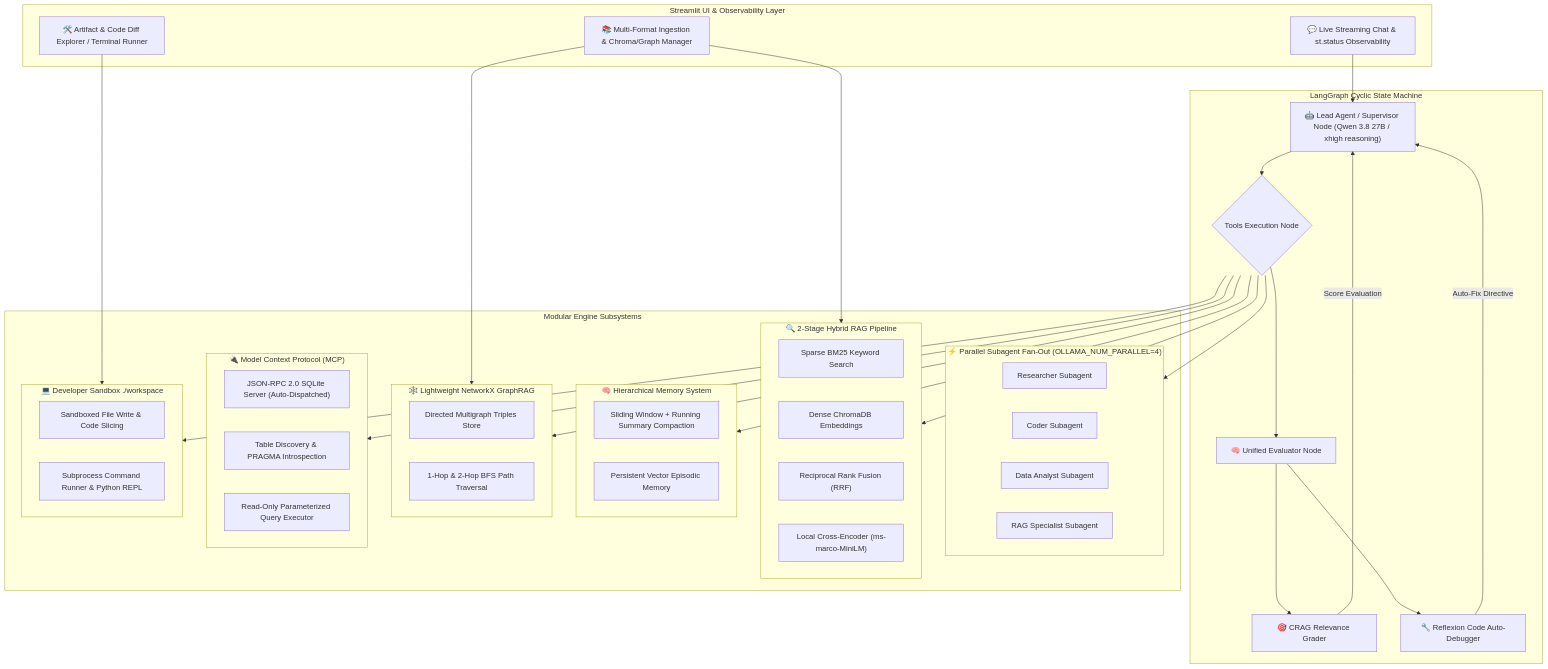
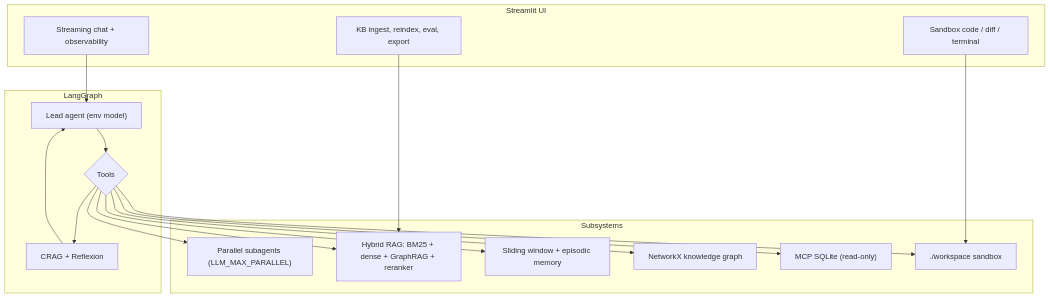
One commit to iqzaardiansyah/local-agentic-rag changed the diagram in README.md. Above: the diagram before and after it, drawn with Mermaid. The commit also changed other lines of this file, not shown here.

Commit message:
docs: align README with env-driven LLM config and current backends

````diff
--- a/README.md
+++ b/README.md
@@ -28,73 +31,36 @@
 ```mermaid
 flowchart TD
-    subgraph UI_Layer ["Streamlit UI & Observability Layer"]
-        Chat["💬 Live Streaming Chat & st.status Observability"]
-        Workbench["🛠️ Artifact & Code Diff Explorer / Terminal Runner"]
-        KB_Manager["📚 Multi-Format Ingestion & Chroma/Graph Manager"]
+    subgraph UI_Layer ["Streamlit UI"]
+        Chat["Streaming chat + observability"]
+        Workbench["Sandbox code / diff / terminal"]
+        KB["KB ingest, reindex, eval, export"]
     end
 
-    subgraph Agent_Core ["LangGraph Cyclic State Machine"]
-        Supervisor["🤖 Lead Agent / Supervisor Node (Qwen 3.8 27B / xhigh reasoning)"]
-        ToolRouter{"Tools Execution Node"}
-        Evaluator["🧠 Unified Evaluator Node"]
-        
-        CRAG["🎯 CRAG Relevance Grader"]
-        Reflexion["🔧 Reflexion Code Auto-Debugger"]
+    subgraph Agent_Core ["LangGraph"]
+        Supervisor["Lead agent (env model)"]
+        ToolRouter{"Tools"}
+        Evaluator["CRAG + Reflexion"]
     end
 
-    subgraph Intelligence_Subsystems ["Modular Engine Subsystems"]
-        subgraph Subagents ["⚡ Parallel Subagent Fan-Out (OLLAMA_NUM_PARALLEL=4)"]
-            Sub1["Researcher Subagent"]
-            Sub2["Coder Subagent"]
-            Sub3["Data Analyst Subagent"]
-            Sub4["RAG Specialist Subagent"]
-        end
-        
-        subgraph Retrieval ["🔍 2-Stage Hybrid RAG Pipeline"]
-            BM25["Sparse BM25 Keyword Search"]
-            ChromaDense["Dense ChromaDB Embeddings"]
-            RRF["Reciprocal Rank Fusion (RRF)"]
-            Reranker["Local Cross-Encoder (ms-marco-MiniLM)"]
-        end
-        
-        subgraph Memory ["🧠 Hierarchical Memory System"]
-            SlidingWindow["Sliding Window + Running Summary Compaction"]
-            EpisodicChroma["Persistent Vector Episodic Memory"]
-        end
-        
-        subgraph GraphRAG_System ["🕸️ Lightweight NetworkX GraphRAG"]
-            KG["Directed Multigraph Triples Store"]
-            MultiHop["1-Hop & 2-Hop BFS Path Traversal"]
-        end
-        
-        subgraph Protocols ["🔌 Model Context Protocol (MCP)"]
-            MCPServer["JSON-RPC 2.0 SQLite Server (Auto-Dispatched)"]
-            SchemaIntrospect["Table Discovery & PRAGMA Introspection"]
-            SafeSQL["Read-Only Parameterized Query Executor"]
-        end
-        
-        subgraph Sandbox ["💻 Developer Sandbox ./workspace"]
-            FileIO["Sandboxed File Write & Code Slicing"]
-            Terminal["Subprocess Command Runner & Python REPL"]
-        end
+    subgraph Intelligence ["Subsystems"]
+        Subagents["Parallel subagents (LLM_MAX_PARALLEL)"]
+        Retrieval["Hybrid RAG: BM25 + dense + GraphRAG + reranker"]
+        Memory["Sliding window + episodic memory"]
+        GraphRAG["NetworkX knowledge graph"]
+        MCP["MCP SQLite (read-only)"]
+        Sandbox["./workspace sandbox"]
     end
 
     Chat --> Supervisor
     Workbench --> Sandbox
-    KB_Manager --> Retrieval
-    KB_Manager --> GraphRAG_System
-
+    KB --> Retrieval
     Supervisor --> ToolRouter
     ToolRouter --> Subagents
     ToolRouter --> Retrieval
     ToolRouter --> Memory
-    ToolRouter --> GraphRAG_System
-    ToolRouter --> Protocols
+    ToolRouter --> GraphRAG
+    ToolRouter --> MCP
     ToolRouter --> Sandbox
-
     ToolRouter --> Evaluator
-    Evaluator --> CRAG
-    Evaluator --> Reflexion
-    CRAG -- "Score Evaluation" --> Supervisor
-    Reflexion -- "Auto-Fix Directive" --> Supervisor
+    Evaluator --> Supervisor
 ```
````
